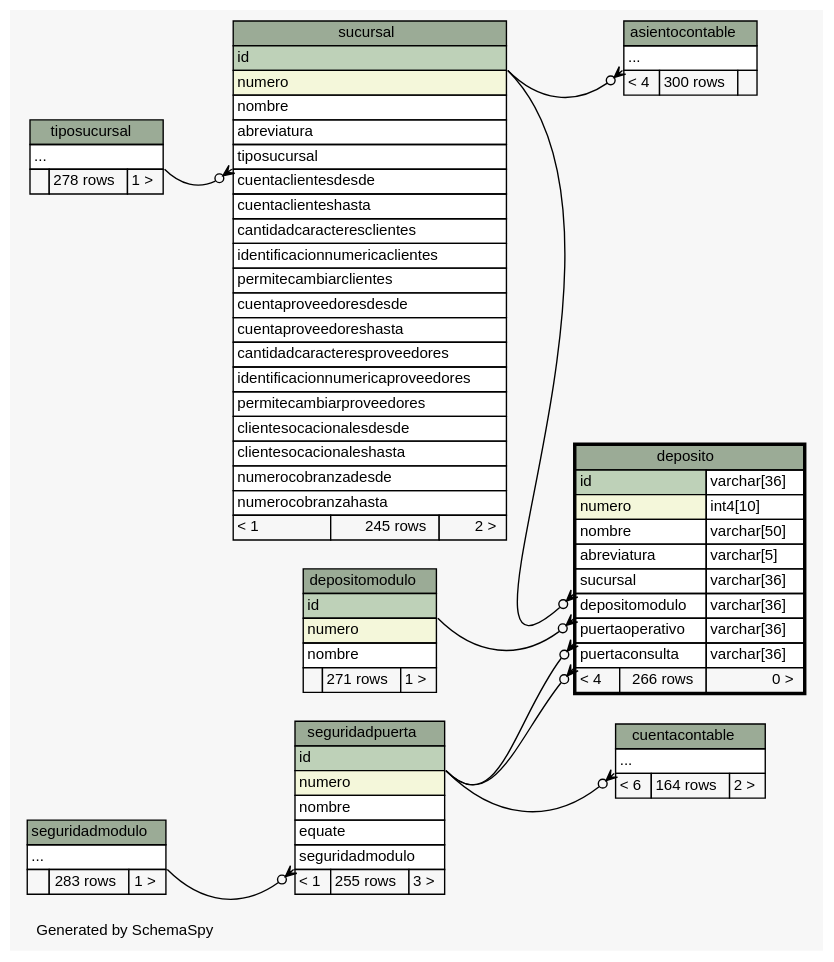
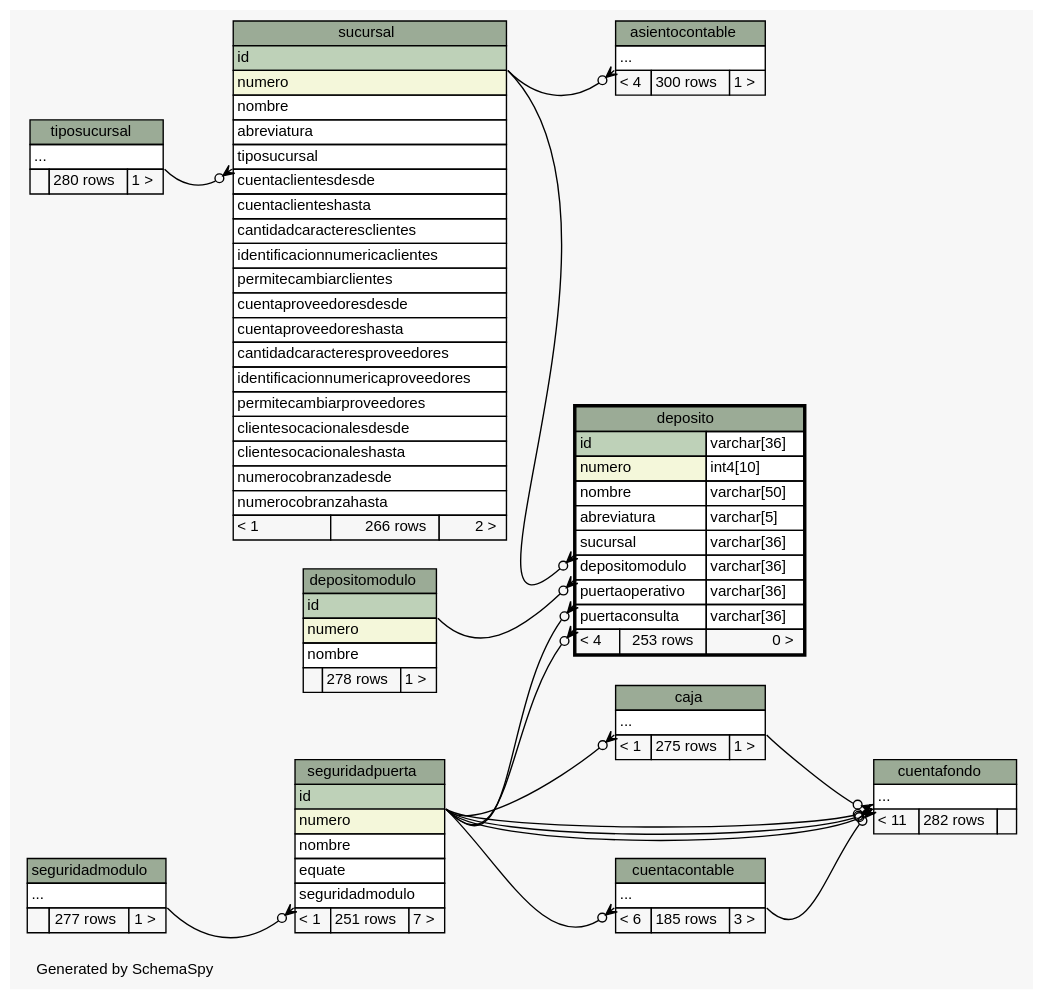
Before and after one commit to diegopablomansilla/massoftware_front: the diagram in postgresql/schemaSpy/salida/diagrams/deposito.2degrees.dot, drawn with Graphviz. The commit also changed 546 other files, not shown here.

```diff
--- a/postgresql/schemaSpy/salida/diagrams/deposito.2degrees.dot
+++ b/postgresql/schemaSpy/salida/diagrams/deposito.2degrees.dot
@@ -1,141 +1,167 @@
 // dot 2.2.1 on Windows 10 10.0
 // SchemaSpy rev 590
 digraph "twoDegreesRelationshipsDiagram" {
   graph [
     rankdir="RL"
     bgcolor="#f7f7f7"
     label="\nGenerated by SchemaSpy"
     labeljust="l"
     nodesep="0.18"
     ranksep="0.46"
     fontname="Helvetica"
     fontsize="11"
   ];
   node [
     fontname="Helvetica"
     fontsize="11"
     shape="plaintext"
   ];
   edge [
     arrowsize="0.8"
   ];
   "asientocontable":"elipses":sw -> "sucursal":"id":se [arrowhead=none dir=back arrowtail=crowodot];
+  "caja":"elipses":sw -> "seguridadpuerta":"id":se [arrowhead=none dir=back arrowtail=crowodot];
   "cuentacontable":"elipses":sw -> "seguridadpuerta":"id":se [arrowhead=none dir=back arrowtail=crowodot];
+  "cuentafondo":"elipses":sw -> "caja":"elipses":se [arrowhead=none dir=back arrowtail=crowodot];
+  "cuentafondo":"elipses":sw -> "cuentacontable":"elipses":se [arrowhead=none dir=back arrowtail=crowodot];
+  "cuentafondo":"elipses":sw -> "seguridadpuerta":"id":se [arrowhead=none dir=back arrowtail=crowodot];
+  "cuentafondo":"elipses":sw -> "seguridadpuerta":"id":se [arrowhead=none dir=back arrowtail=crowodot];
+  "cuentafondo":"elipses":sw -> "seguridadpuerta":"id":se [arrowhead=none dir=back arrowtail=crowodot];
   "deposito":"depositomodulo":sw -> "depositomodulo":"id":se [arrowhead=none dir=back arrowtail=crowodot];
   "deposito":"puertaconsulta":sw -> "seguridadpuerta":"id":se [arrowhead=none dir=back arrowtail=crowodot];
   "deposito":"puertaoperativo":sw -> "seguridadpuerta":"id":se [arrowhead=none dir=back arrowtail=crowodot];
   "deposito":"sucursal":sw -> "sucursal":"id":se [arrowhead=none dir=back arrowtail=crowodot];
   "seguridadpuerta":"seguridadmodulo":sw -> "seguridadmodulo":"elipses":se [arrowhead=none dir=back arrowtail=crowodot];
   "sucursal":"tiposucursal":sw -> "tiposucursal":"elipses":se [arrowhead=none dir=back arrowtail=crowodot];
   "asientocontable" [
     label=<
     <TABLE BORDER="0" CELLBORDER="1" CELLSPACING="0" BGCOLOR="#ffffff">
       <TR><TD COLSPAN="3" BGCOLOR="#9bab96" ALIGN="CENTER">asientocontable</TD></TR>
       <TR><TD PORT="elipses" COLSPAN="3" ALIGN="LEFT">...</TD></TR>
-      <TR><TD ALIGN="LEFT" BGCOLOR="#f7f7f7">&lt; 4</TD><TD ALIGN="RIGHT" BGCOLOR="#f7f7f7">300 rows</TD><TD ALIGN="RIGHT" BGCOLOR="#f7f7f7">  </TD></TR>
+      <TR><TD ALIGN="LEFT" BGCOLOR="#f7f7f7">&lt; 4</TD><TD ALIGN="RIGHT" BGCOLOR="#f7f7f7">300 rows</TD><TD ALIGN="RIGHT" BGCOLOR="#f7f7f7">1 &gt;</TD></TR>
     </TABLE>>
     URL="asientocontable.html"
     tooltip="asientocontable"
+  ];
+  "caja" [
+    label=<
+    <TABLE BORDER="0" CELLBORDER="1" CELLSPACING="0" BGCOLOR="#ffffff">
+      <TR><TD COLSPAN="3" BGCOLOR="#9bab96" ALIGN="CENTER">caja</TD></TR>
+      <TR><TD PORT="elipses" COLSPAN="3" ALIGN="LEFT">...</TD></TR>
+      <TR><TD ALIGN="LEFT" BGCOLOR="#f7f7f7">&lt; 1</TD><TD ALIGN="RIGHT" BGCOLOR="#f7f7f7">275 rows</TD><TD ALIGN="RIGHT" BGCOLOR="#f7f7f7">1 &gt;</TD></TR>
+    </TABLE>>
+    URL="caja.html"
+    tooltip="caja"
   ];
   "cuentacontable" [
     label=<
     <TABLE BORDER="0" CELLBORDER="1" CELLSPACING="0" BGCOLOR="#ffffff">
       <TR><TD COLSPAN="3" BGCOLOR="#9bab96" ALIGN="CENTER">cuentacontable</TD></TR>
       <TR><TD PORT="elipses" COLSPAN="3" ALIGN="LEFT">...</TD></TR>
-      <TR><TD ALIGN="LEFT" BGCOLOR="#f7f7f7">&lt; 6</TD><TD ALIGN="RIGHT" BGCOLOR="#f7f7f7">164 rows</TD><TD ALIGN="RIGHT" BGCOLOR="#f7f7f7">2 &gt;</TD></TR>
+      <TR><TD ALIGN="LEFT" BGCOLOR="#f7f7f7">&lt; 6</TD><TD ALIGN="RIGHT" BGCOLOR="#f7f7f7">185 rows</TD><TD ALIGN="RIGHT" BGCOLOR="#f7f7f7">3 &gt;</TD></TR>
     </TABLE>>
     URL="cuentacontable.html"
     tooltip="cuentacontable"
+  ];
+  "cuentafondo" [
+    label=<
+    <TABLE BORDER="0" CELLBORDER="1" CELLSPACING="0" BGCOLOR="#ffffff">
+      <TR><TD COLSPAN="3" BGCOLOR="#9bab96" ALIGN="CENTER">cuentafondo</TD></TR>
+      <TR><TD PORT="elipses" COLSPAN="3" ALIGN="LEFT">...</TD></TR>
+      <TR><TD ALIGN="LEFT" BGCOLOR="#f7f7f7">&lt; 11</TD><TD ALIGN="RIGHT" BGCOLOR="#f7f7f7">282 rows</TD><TD ALIGN="RIGHT" BGCOLOR="#f7f7f7">  </TD></TR>
+    </TABLE>>
+    URL="cuentafondo.html"
+    tooltip="cuentafondo"
   ];
   "deposito" [
     label=<
     <TABLE BORDER="2" CELLBORDER="1" CELLSPACING="0" BGCOLOR="#ffffff">
       <TR><TD COLSPAN="3" BGCOLOR="#9bab96" ALIGN="CENTER">deposito</TD></TR>
       <TR><TD PORT="id" COLSPAN="2" BGCOLOR="#bed1b8" ALIGN="LEFT">id</TD><TD PORT="id.type" ALIGN="LEFT">varchar[36]</TD></TR>
       <TR><TD PORT="numero" COLSPAN="2" BGCOLOR="#f4f7da" ALIGN="LEFT">numero</TD><TD PORT="numero.type" ALIGN="LEFT">int4[10]</TD></TR>
       <TR><TD PORT="nombre" COLSPAN="2" ALIGN="LEFT">nombre</TD><TD PORT="nombre.type" ALIGN="LEFT">varchar[50]</TD></TR>
       <TR><TD PORT="abreviatura" COLSPAN="2" ALIGN="LEFT">abreviatura</TD><TD PORT="abreviatura.type" ALIGN="LEFT">varchar[5]</TD></TR>
       <TR><TD PORT="sucursal" COLSPAN="2" ALIGN="LEFT">sucursal</TD><TD PORT="sucursal.type" ALIGN="LEFT">varchar[36]</TD></TR>
       <TR><TD PORT="depositomodulo" COLSPAN="2" ALIGN="LEFT">depositomodulo</TD><TD PORT="depositomodulo.type" ALIGN="LEFT">varchar[36]</TD></TR>
       <TR><TD PORT="puertaoperativo" COLSPAN="2" ALIGN="LEFT">puertaoperativo</TD><TD PORT="puertaoperativo.type" ALIGN="LEFT">varchar[36]</TD></TR>
       <TR><TD PORT="puertaconsulta" COLSPAN="2" ALIGN="LEFT">puertaconsulta</TD><TD PORT="puertaconsulta.type" ALIGN="LEFT">varchar[36]</TD></TR>
-      <TR><TD ALIGN="LEFT" BGCOLOR="#f7f7f7">&lt; 4</TD><TD ALIGN="RIGHT" BGCOLOR="#f7f7f7">266 rows</TD><TD ALIGN="RIGHT" BGCOLOR="#f7f7f7">0 &gt;</TD></TR>
+      <TR><TD ALIGN="LEFT" BGCOLOR="#f7f7f7">&lt; 4</TD><TD ALIGN="RIGHT" BGCOLOR="#f7f7f7">253 rows</TD><TD ALIGN="RIGHT" BGCOLOR="#f7f7f7">0 &gt;</TD></TR>
     </TABLE>>
     URL="deposito.html"
     tooltip="deposito"
   ];
   "depositomodulo" [
     label=<
     <TABLE BORDER="0" CELLBORDER="1" CELLSPACING="0" BGCOLOR="#ffffff">
       <TR><TD COLSPAN="3" BGCOLOR="#9bab96" ALIGN="CENTER">depositomodulo</TD></TR>
       <TR><TD PORT="id" COLSPAN="3" BGCOLOR="#bed1b8" ALIGN="LEFT">id</TD></TR>
       <TR><TD PORT="numero" COLSPAN="3" BGCOLOR="#f4f7da" ALIGN="LEFT">numero</TD></TR>
       <TR><TD PORT="nombre" COLSPAN="3" ALIGN="LEFT">nombre</TD></TR>
-      <TR><TD ALIGN="LEFT" BGCOLOR="#f7f7f7">  </TD><TD ALIGN="RIGHT" BGCOLOR="#f7f7f7">271 rows</TD><TD ALIGN="RIGHT" BGCOLOR="#f7f7f7">1 &gt;</TD></TR>
+      <TR><TD ALIGN="LEFT" BGCOLOR="#f7f7f7">  </TD><TD ALIGN="RIGHT" BGCOLOR="#f7f7f7">278 rows</TD><TD ALIGN="RIGHT" BGCOLOR="#f7f7f7">1 &gt;</TD></TR>
     </TABLE>>
     URL="depositomodulo.html"
     tooltip="depositomodulo"
   ];
   "seguridadmodulo" [
     label=<
     <TABLE BORDER="0" CELLBORDER="1" CELLSPACING="0" BGCOLOR="#ffffff">
       <TR><TD COLSPAN="3" BGCOLOR="#9bab96" ALIGN="CENTER">seguridadmodulo</TD></TR>
       <TR><TD PORT="elipses" COLSPAN="3" ALIGN="LEFT">...</TD></TR>
-      <TR><TD ALIGN="LEFT" BGCOLOR="#f7f7f7">  </TD><TD ALIGN="RIGHT" BGCOLOR="#f7f7f7">283 rows</TD><TD ALIGN="RIGHT" BGCOLOR="#f7f7f7">1 &gt;</TD></TR>
+      <TR><TD ALIGN="LEFT" BGCOLOR="#f7f7f7">  </TD><TD ALIGN="RIGHT" BGCOLOR="#f7f7f7">277 rows</TD><TD ALIGN="RIGHT" BGCOLOR="#f7f7f7">1 &gt;</TD></TR>
     </TABLE>>
     URL="seguridadmodulo.html"
     tooltip="seguridadmodulo"
   ];
   "seguridadpuerta" [
     label=<
     <TABLE BORDER="0" CELLBORDER="1" CELLSPACING="0" BGCOLOR="#ffffff">
       <TR><TD COLSPAN="3" BGCOLOR="#9bab96" ALIGN="CENTER">seguridadpuerta</TD></TR>
       <TR><TD PORT="id" COLSPAN="3" BGCOLOR="#bed1b8" ALIGN="LEFT">id</TD></TR>
       <TR><TD PORT="numero" COLSPAN="3" BGCOLOR="#f4f7da" ALIGN="LEFT">numero</TD></TR>
       <TR><TD PORT="nombre" COLSPAN="3" ALIGN="LEFT">nombre</TD></TR>
       <TR><TD PORT="equate" COLSPAN="3" ALIGN="LEFT">equate</TD></TR>
       <TR><TD PORT="seguridadmodulo" COLSPAN="3" ALIGN="LEFT">seguridadmodulo</TD></TR>
-      <TR><TD ALIGN="LEFT" BGCOLOR="#f7f7f7">&lt; 1</TD><TD ALIGN="RIGHT" BGCOLOR="#f7f7f7">255 rows</TD><TD ALIGN="RIGHT" BGCOLOR="#f7f7f7">3 &gt;</TD></TR>
+      <TR><TD ALIGN="LEFT" BGCOLOR="#f7f7f7">&lt; 1</TD><TD ALIGN="RIGHT" BGCOLOR="#f7f7f7">251 rows</TD><TD ALIGN="RIGHT" BGCOLOR="#f7f7f7">7 &gt;</TD></TR>
     </TABLE>>
     URL="seguridadpuerta.html"
     tooltip="seguridadpuerta"
   ];
   "sucursal" [
     label=<
     <TABLE BORDER="0" CELLBORDER="1" CELLSPACING="0" BGCOLOR="#ffffff">
       <TR><TD COLSPAN="3" BGCOLOR="#9bab96" ALIGN="CENTER">sucursal</TD></TR>
       <TR><TD PORT="id" COLSPAN="3" BGCOLOR="#bed1b8" ALIGN="LEFT">id</TD></TR>
       <TR><TD PORT="numero" COLSPAN="3" BGCOLOR="#f4f7da" ALIGN="LEFT">numero</TD></TR>
       <TR><TD PORT="nombre" COLSPAN="3" ALIGN="LEFT">nombre</TD></TR>
       <TR><TD PORT="abreviatura" COLSPAN="3" ALIGN="LEFT">abreviatura</TD></TR>
       <TR><TD PORT="tiposucursal" COLSPAN="3" ALIGN="LEFT">tiposucursal</TD></TR>
       <TR><TD PORT="cuentaclientesdesde" COLSPAN="3" ALIGN="LEFT">cuentaclientesdesde</TD></TR>
       <TR><TD PORT="cuentaclienteshasta" COLSPAN="3" ALIGN="LEFT">cuentaclienteshasta</TD></TR>
       <TR><TD PORT="cantidadcaracteresclientes" COLSPAN="3" ALIGN="LEFT">cantidadcaracteresclientes</TD></TR>
       <TR><TD PORT="identificacionnumericaclientes" COLSPAN="3" ALIGN="LEFT">identificacionnumericaclientes</TD></TR>
       <TR><TD PORT="permitecambiarclientes" COLSPAN="3" ALIGN="LEFT">permitecambiarclientes</TD></TR>
       <TR><TD PORT="cuentaproveedoresdesde" COLSPAN="3" ALIGN="LEFT">cuentaproveedoresdesde</TD></TR>
       <TR><TD PORT="cuentaproveedoreshasta" COLSPAN="3" ALIGN="LEFT">cuentaproveedoreshasta</TD></TR>
       <TR><TD PORT="cantidadcaracteresproveedores" COLSPAN="3" ALIGN="LEFT">cantidadcaracteresproveedores</TD></TR>
       <TR><TD PORT="identificacionnumericaproveedores" COLSPAN="3" ALIGN="LEFT">identificacionnumericaproveedores</TD></TR>
       <TR><TD PORT="permitecambiarproveedores" COLSPAN="3" ALIGN="LEFT">permitecambiarproveedores</TD></TR>
       <TR><TD PORT="clientesocacionalesdesde" COLSPAN="3" ALIGN="LEFT">clientesocacionalesdesde</TD></TR>
       <TR><TD PORT="clientesocacionaleshasta" COLSPAN="3" ALIGN="LEFT">clientesocacionaleshasta</TD></TR>
       <TR><TD PORT="numerocobranzadesde" COLSPAN="3" ALIGN="LEFT">numerocobranzadesde</TD></TR>
       <TR><TD PORT="numerocobranzahasta" COLSPAN="3" ALIGN="LEFT">numerocobranzahasta</TD></TR>
-      <TR><TD ALIGN="LEFT" BGCOLOR="#f7f7f7">&lt; 1</TD><TD ALIGN="RIGHT" BGCOLOR="#f7f7f7">245 rows</TD><TD ALIGN="RIGHT" BGCOLOR="#f7f7f7">2 &gt;</TD></TR>
+      <TR><TD ALIGN="LEFT" BGCOLOR="#f7f7f7">&lt; 1</TD><TD ALIGN="RIGHT" BGCOLOR="#f7f7f7">266 rows</TD><TD ALIGN="RIGHT" BGCOLOR="#f7f7f7">2 &gt;</TD></TR>
     </TABLE>>
     URL="sucursal.html"
     tooltip="sucursal"
   ];
   "tiposucursal" [
     label=<
     <TABLE BORDER="0" CELLBORDER="1" CELLSPACING="0" BGCOLOR="#ffffff">
       <TR><TD COLSPAN="3" BGCOLOR="#9bab96" ALIGN="CENTER">tiposucursal</TD></TR>
       <TR><TD PORT="elipses" COLSPAN="3" ALIGN="LEFT">...</TD></TR>
-      <TR><TD ALIGN="LEFT" BGCOLOR="#f7f7f7">  </TD><TD ALIGN="RIGHT" BGCOLOR="#f7f7f7">278 rows</TD><TD ALIGN="RIGHT" BGCOLOR="#f7f7f7">1 &gt;</TD></TR>
+      <TR><TD ALIGN="LEFT" BGCOLOR="#f7f7f7">  </TD><TD ALIGN="RIGHT" BGCOLOR="#f7f7f7">280 rows</TD><TD ALIGN="RIGHT" BGCOLOR="#f7f7f7">1 &gt;</TD></TR>
     </TABLE>>
     URL="tiposucursal.html"
     tooltip="tiposucursal"
   ];
 }
```
